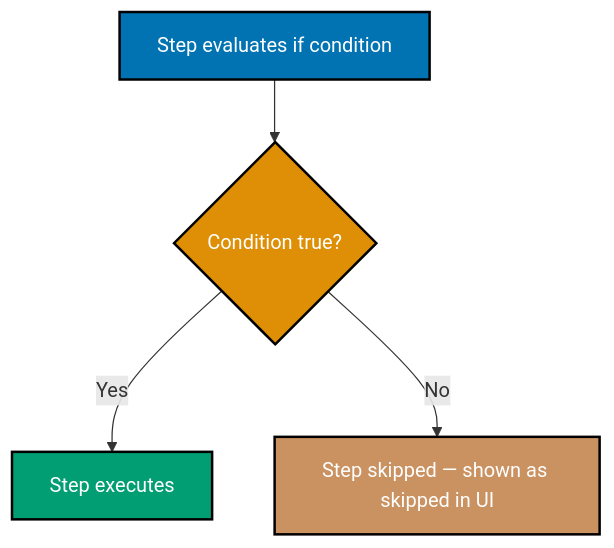
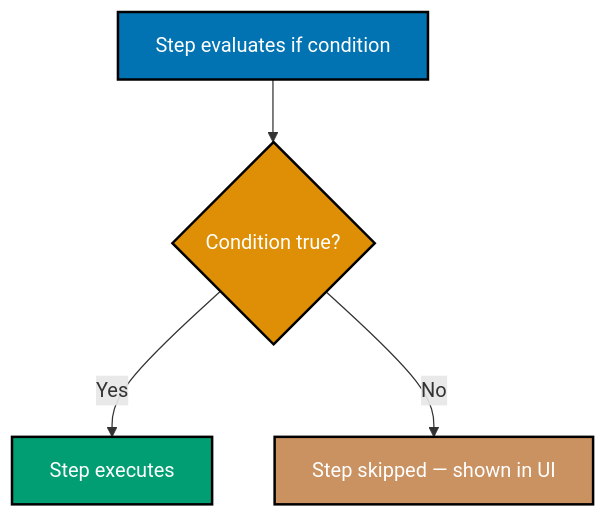
One commit to wahidyankf/baseerah changed the sixth of 8 diagrams in apps/ayokoding-www/content/en/learn/software-engineering/automation-tools/github-actions/by-example/beginner.md. Above: the diagram before and after it, drawn with Mermaid. The commit also changed other lines of this file and 88 other files, not shown here.

First line of the commit message:
fix(ayokoding-www): resolve pre-existing Mermaid violations, exclude fixtures/plans-done

````diff
--- a/apps/ayokoding-www/content/en/learn/software-engineering/automation-tools/github-actions/by-example/beginner.md
+++ b/apps/ayokoding-www/content/en/learn/software-engineering/automation-tools/github-actions/by-example/beginner.md
@@ -1127,11 +1127,11 @@
 ```mermaid
 graph TD
     A["Step evaluates if condition"]:::blue --> B{"Condition true?"}:::orange
     B -->|Yes| C["Step executes"]:::teal
-    B -->|No| D["Step skipped — shown as skipped in UI"]:::brown
+    B -->|No| D["Step skipped — shown in UI"]:::brown
 
     classDef blue fill:#0173B2,stroke:#000,color:#fff,stroke-width:2px
     classDef orange fill:#DE8F05,stroke:#000,color:#fff,stroke-width:2px
     classDef teal fill:#029E73,stroke:#000,color:#fff,stroke-width:2px
     classDef brown fill:#CA9161,stroke:#000,color:#fff,stroke-width:2px
 ```
````
